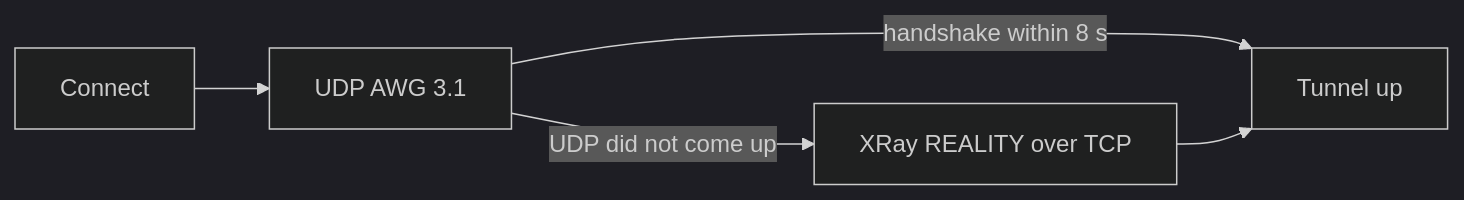
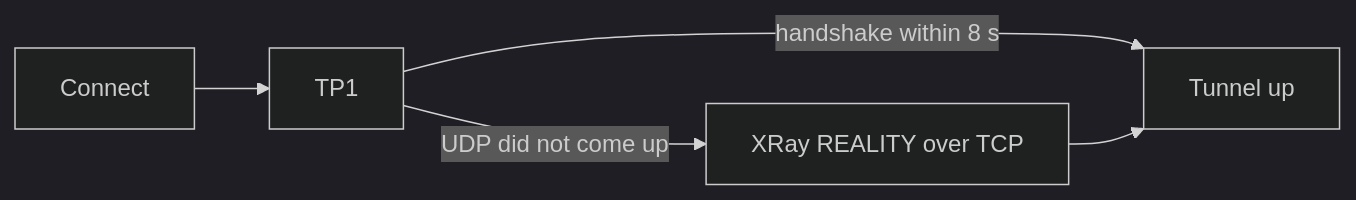
One commit to SystemOfExploit/Traceless-VPN changed the diagram in README.md. Above: the diagram before and after it, drawn with Mermaid (dark theme).

Commit message:
Update UDP connection path to TP1 in README

````diff
--- a/README.md
+++ b/README.md
@@ -34,7 +34,7 @@
 ```mermaid
 flowchart LR
-  click[Connect] --> udp[UDP AWG 3.1]
+  click[Connect] --> udp[TP1]
   udp -->|handshake within 8 s| up[Tunnel up]
   udp -->|UDP did not come up| reality[XRay REALITY over TCP]
   reality --> up
 ```
````
